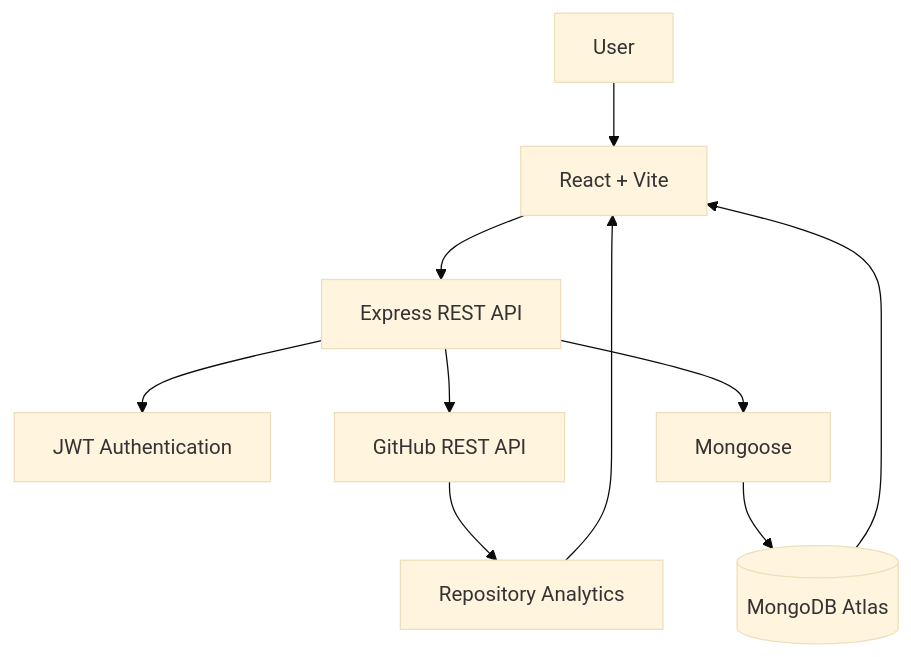
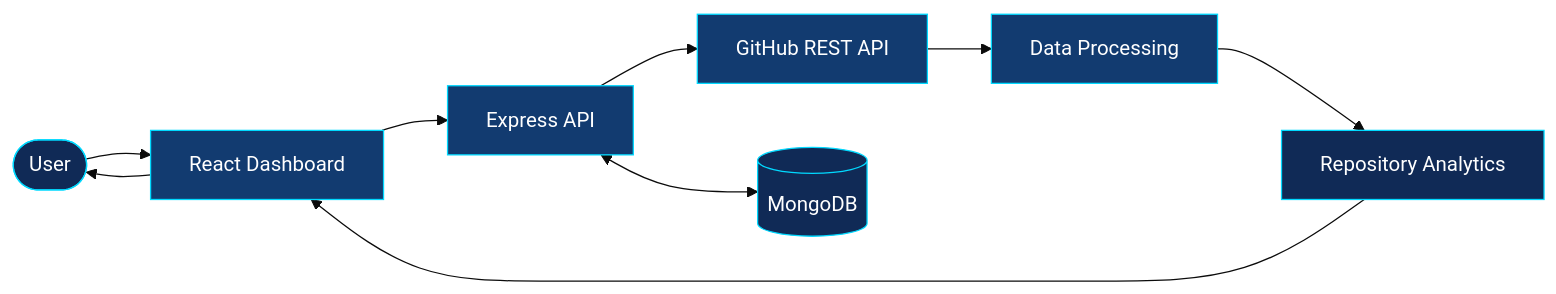
Before and after one commit to Priyanka170974/Priyanka170974: the first of 2 diagrams in README.md, drawn with Mermaid (base theme). The commit also changed other lines of this file, not shown here.

````diff
--- a/README.md
+++ b/README.md
@@ -86,12 +48,19 @@
 ```mermaid
-flowchart TD
-    U[User] --> UI[React + Vite]
-    UI --> API[Express REST API]
-    API --> AUTH[JWT Authentication]
+flowchart LR
+    U([User]) --> UI[React Dashboard]
+    UI --> API[Express API]
     API --> GH[GitHub REST API]
-    API --> DB[Mongoose]
-    DB --> MDB[(MongoDB Atlas)]
-    GH --> DATA[Repository Analytics]
-    DATA --> UI
-    MDB --> UI
+    API <--> DB[(MongoDB)]
+    GH --> P[Data Processing]
+    P --> A[Repository Analytics]
+    A --> UI
+    UI --> U
+
+    style U fill:#102a56,stroke:#00d9ff,color:#ffffff
+    style UI fill:#123b70,stroke:#00d9ff,color:#ffffff
+    style API fill:#123b70,stroke:#00d9ff,color:#ffffff
+    style GH fill:#123b70,stroke:#00d9ff,color:#ffffff
+    style DB fill:#102a56,stroke:#00d9ff,color:#ffffff
+    style P fill:#123b70,stroke:#00d9ff,color:#ffffff
+    style A fill:#102a56,stroke:#00d9ff,color:#ffffff
 ```
````
